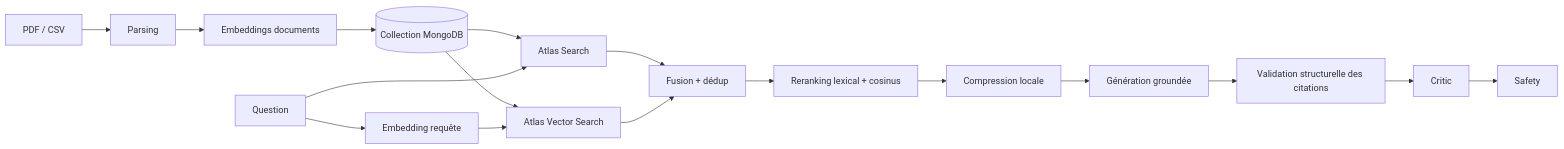
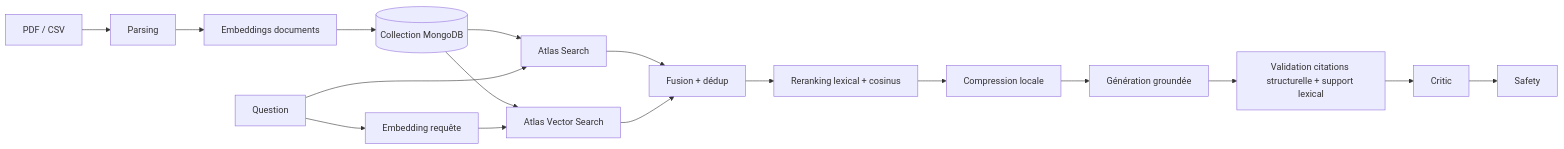
The diagram in docs/RAG_SYSTEM.md (Manda404/Agentic-AI-Chat-System), drawn with Mermaid before and after one commit. The commit also changed other lines of this file and 34 other files, not shown here.

Commit message:
Update - clean code and architecture improvements

````diff
--- a/docs/RAG_SYSTEM.md
+++ b/docs/RAG_SYSTEM.md
@@ -8,19 +8,19 @@
 ```mermaid
 flowchart LR
     File[PDF / CSV] --> Parse[Parsing]
     Parse --> EmbDoc[Embeddings documents]
     EmbDoc --> Mongo[(Collection MongoDB)]
     Mongo --> FTS[Atlas Search]
     Mongo --> VS[Atlas Vector Search]
     Q[Question] --> FTS
     Q --> EmbQ[Embedding requête]
     EmbQ --> VS
     FTS --> Merge[Fusion + dédup]
     VS --> Merge
     Merge --> Rerank[Reranking lexical + cosinus]
     Rerank --> Compress[Compression locale]
     Compress --> Gen[Génération groundée]
-    Gen --> Citations[Validation structurelle des citations]
+    Gen --> Citations[Validation citations structurelle + support lexical]
     Citations --> Critic[Critic]
     Critic --> Safety[Safety]
 ```
````
